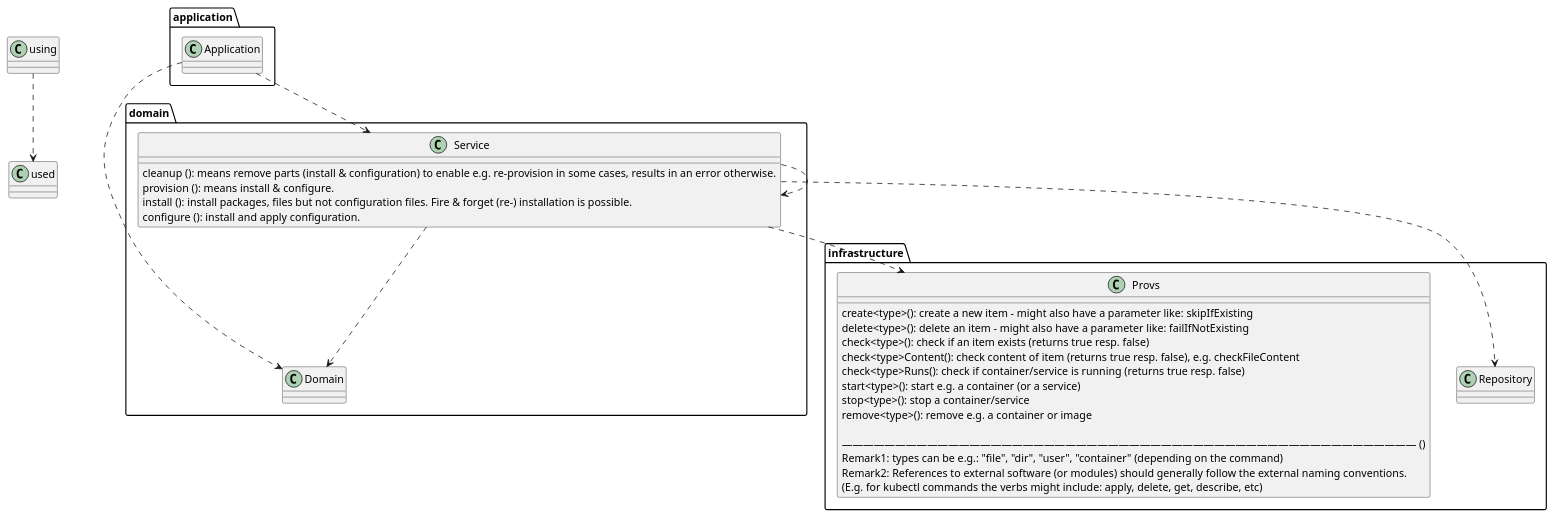
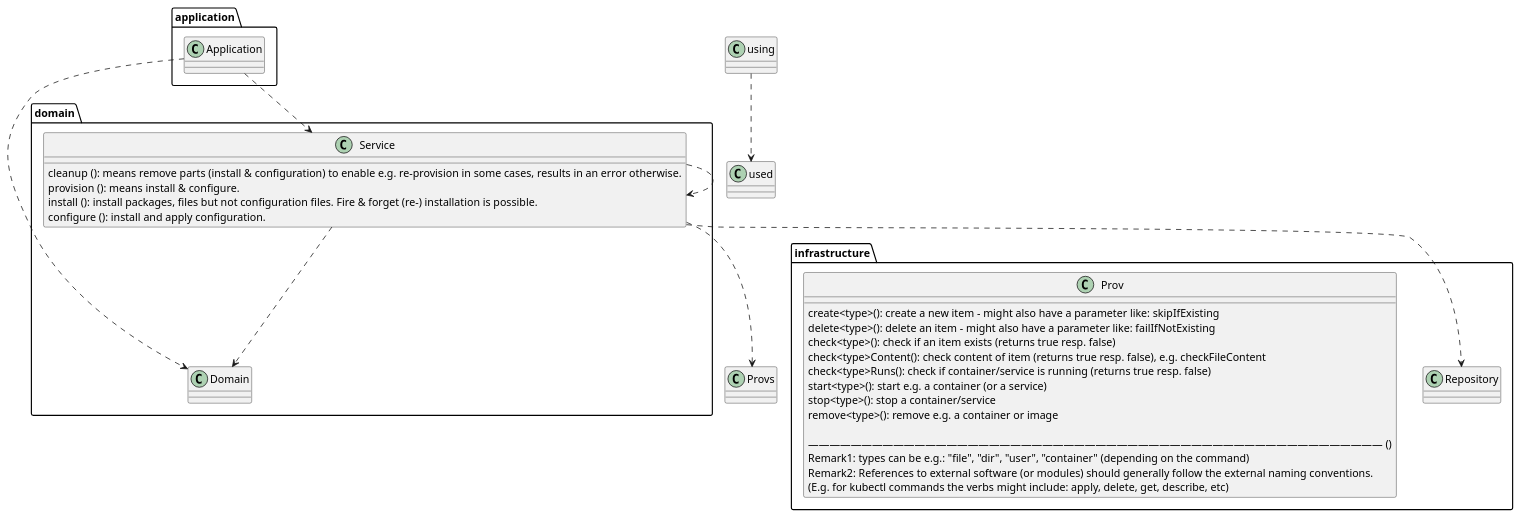
One commit to DomainDrivenArchitecture/provs changed the second of 2 diagrams in doc/ProvsArchitecture.md. Above: the diagram before and after it, drawn with PlantUML. The commit also changed 2 other files, not shown here.

Commit message:
enabled other domain names

````diff
--- a/doc/ProvsArchitecture.md
+++ b/doc/ProvsArchitecture.md
@@ -26,47 +26,47 @@
 ```plantuml
 @startuml
 'https://plantuml.com/class-diagram
 
 package application {
     class Application
 }
 
 package domain {
     class Service {
       cleanup (): means remove parts (install & configuration) to enable e.g. re-provision in some cases, results in an error otherwise.
       provision (): means install & configure.
       install (): install packages, files but not configuration files. Fire & forget (re-) installation is possible.
       configure (): install and apply configuration.
     }
     class Domain
 }
 Application ..> Service
 Application ..> Domain
 
 package infrastructure {
     class Repository
-    class Provs {
+    class Prov {
 
         create<type>(): create a new item - might also have a parameter like: skipIfExisting
         delete<type>(): delete an item - might also have a parameter like: failIfNotExisting
         check<type>(): check if an item exists (returns true resp. false)
         check<type>Content(): check content of item (returns true resp. false), e.g. checkFileContent
         check<type>Runs(): check if container/service is running (returns true resp. false)
         start<type>(): start e.g. a container (or a service)
         stop<type>(): stop a container/service
         remove<type>(): remove e.g. a container or image
 
         —————————————————————————————————————————————————————— () 
         Remark1: types can be e.g.: "file", "dir", "user", "container" (depending on the command)
         Remark2: References to external software (or modules) should generally follow the external naming conventions.
         (E.g. for kubectl commands the verbs might include: apply, delete, get, describe, etc)
     }
 }
 Service ..> Domain
 Service ..> Service
 Service ..> Repository
 Service ..> Provs
 
 using ..> used
 @enduml
 ```
````
